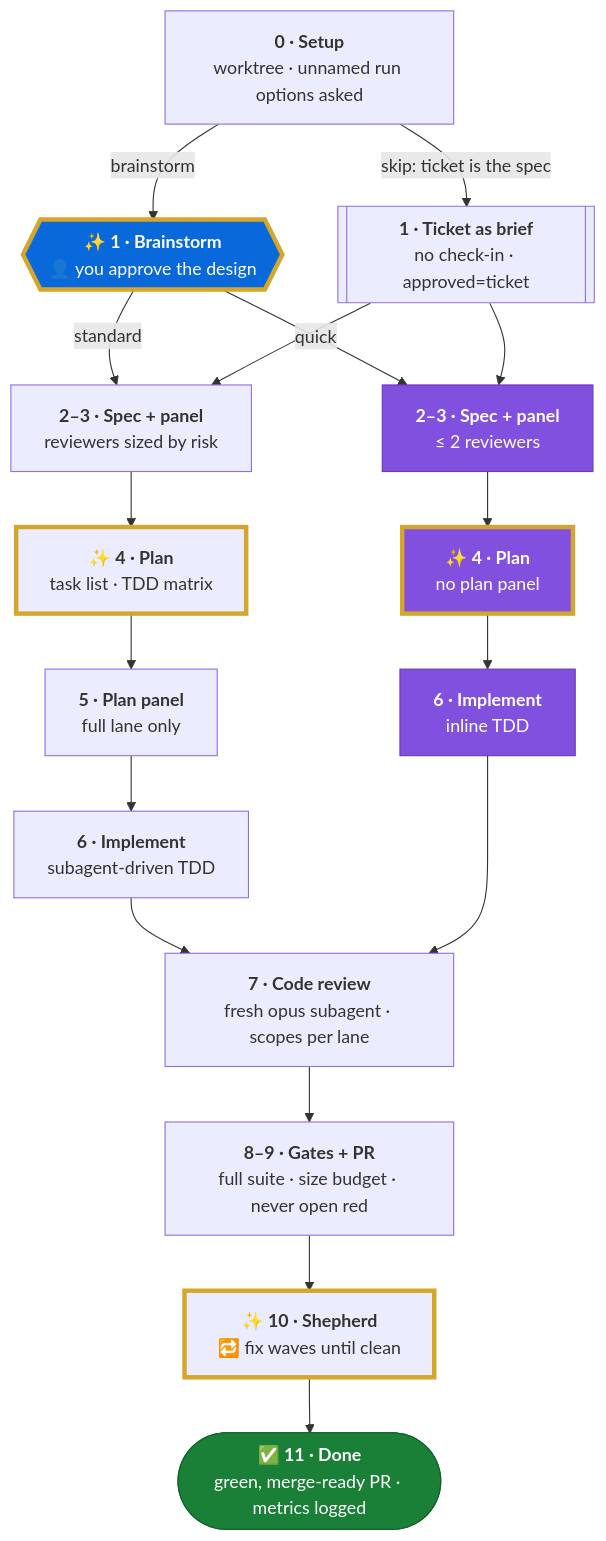
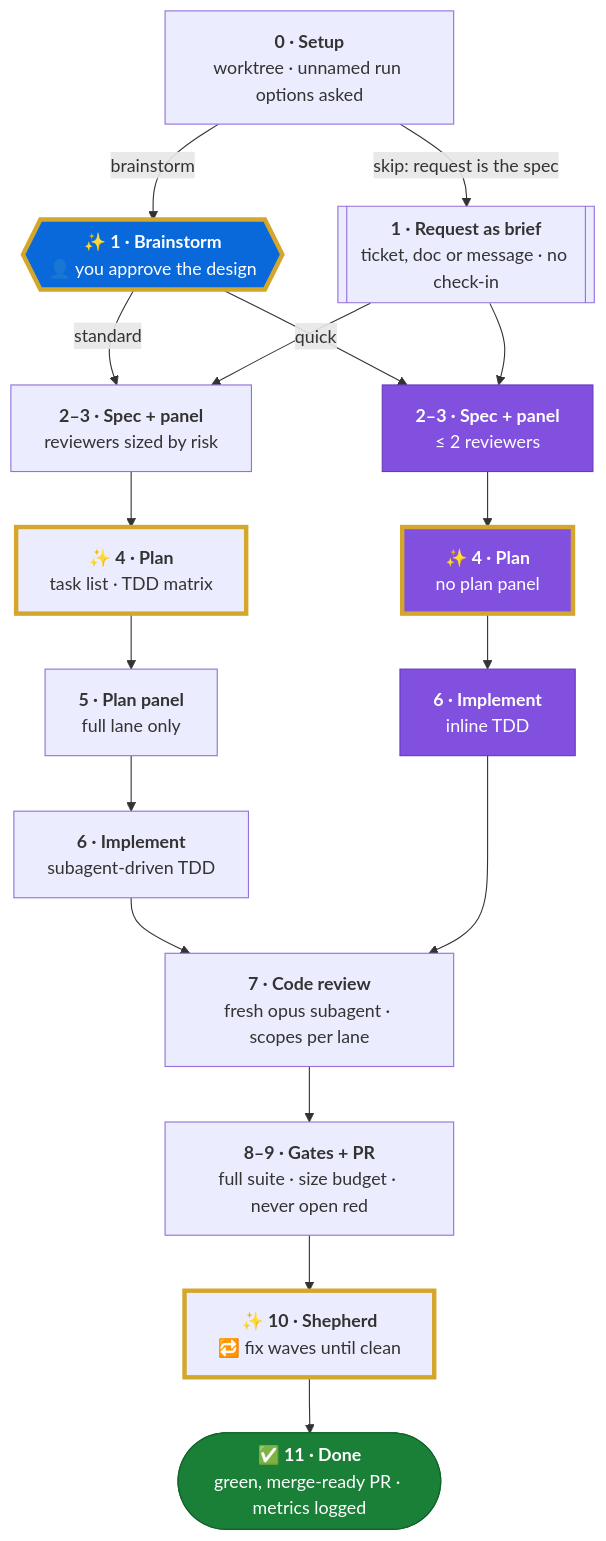
Before and after one commit to vtrifonov/oneshot-pipeline: the diagram in README.md, drawn with Mermaid. The commit also changed other lines of this file, not shown here.

Commit message:
docs: brainstorm skip reads the request, not only a ticket

````diff
--- a/README.md
+++ b/README.md
@@ -41,33 +41,33 @@
 ```mermaid
 flowchart TD
     setup["<b>0 · Setup</b><br/>worktree · unnamed run options asked"] -- brainstorm --> brainstorm{{"<b>✨ 1 · Brainstorm</b><br/>👤 you approve the design"}}
-    setup -- "skip: ticket is the spec" --> ticket[["<b>1 · Ticket as brief</b><br/>no check-in · approved=ticket"]]
+    setup -- "skip: request is the spec" --> brief[["<b>1 · Request as brief</b><br/>ticket, doc or message · no check-in"]]
 
     brainstorm -- standard --> sspec["<b>2–3 · Spec + panel</b><br/>reviewers sized by risk"]
-    ticket --> sspec
+    brief --> sspec
     sspec --> splan["<b>✨ 4 · Plan</b><br/>task list · TDD matrix"]
     splan --> spanel["<b>5 · Plan panel</b><br/>full lane only"]
     spanel --> ssdd["<b>6 · Implement</b><br/>subagent-driven TDD"]
 
     brainstorm -- quick --> qspec["<b>2–3 · Spec + panel</b><br/>≤ 2 reviewers"]
-    ticket --> qspec
+    brief --> qspec
     qspec --> qplan["<b>✨ 4 · Plan</b><br/>no plan panel"]
     qplan --> qinline["<b>6 · Implement</b><br/>inline TDD"]
 
     ssdd --> review["<b>7 · Code review</b><br/>fresh opus subagent · scopes per lane"]
     qinline --> review
     review --> gates["<b>8–9 · Gates + PR</b><br/>full suite · size budget · never open red"]
     gates --> shepherd["<b>✨ 10 · Shepherd</b><br/>🔁 fix waves until clean"]
     shepherd --> done(["<b>✅ 11 · Done</b><br/>green, merge-ready PR · metrics logged"])
 
     classDef you fill:#0969da,stroke:#0550ae,color:#fff
     classDef quick fill:#8250df,stroke:#6639ba,color:#fff
     classDef finish fill:#1a7f37,stroke:#116329,color:#fff
     class brainstorm you
     class qspec,qplan,qinline quick
     class done finish
     style brainstorm stroke:#d4a72c,stroke-width:4px
     style splan stroke:#d4a72c,stroke-width:4px
     style qplan stroke:#d4a72c,stroke-width:4px
     style shepherd stroke:#d4a72c,stroke-width:4px
 ```
````
